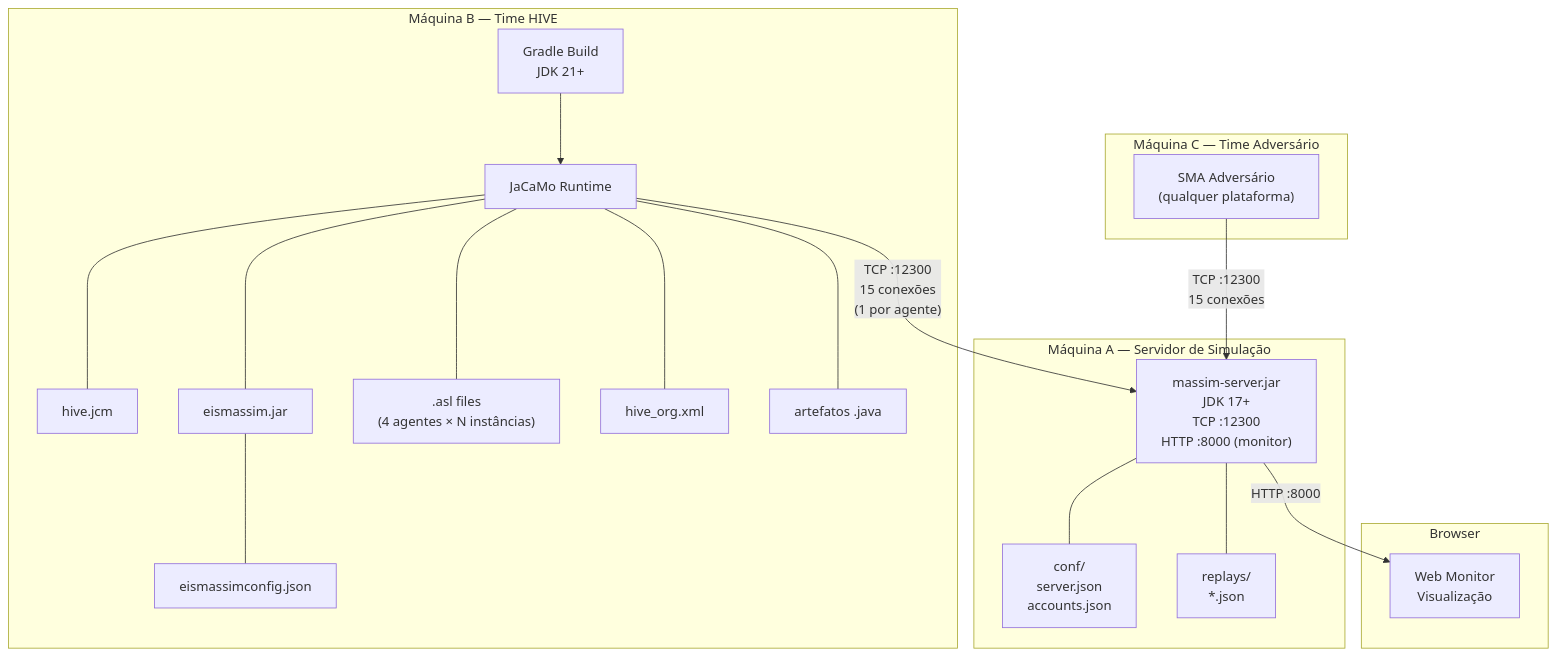
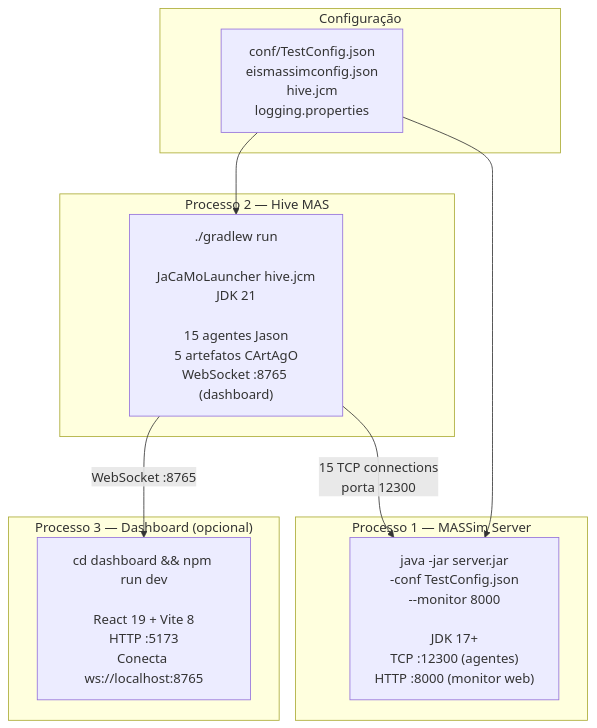
One commit to MarceloNG/PCS5703-MAS-HIVE changed diagram 19 of 19 in doc/ARCH.md. Above: the diagram before and after it, drawn with Mermaid. The commit also changed other lines of this file and 33 other files, not shown here.

````diff
--- a/doc/ARCH.md
+++ b/doc/ARCH.md
@@ -819,36 +773,23 @@
 ```mermaid
 graph TB
-    subgraph "Máquina A — Servidor de Simulação"
-        MASSIM_JAR["massim-server.jar<br/>JDK 17+<br/>TCP :12300<br/>HTTP :8000 (monitor)"]
-        CONF["conf/<br/>server.json<br/>accounts.json"]
-        REPLAYS["replays/<br/>*.json"]
-        MASSIM_JAR --- CONF & REPLAYS
+    subgraph "Processo 1 — MASSim Server"
+        MASSIM_JAR["java -jar server.jar<br/>-conf TestConfig.json<br/>--monitor 8000<br/><br/>JDK 17+<br/>TCP :12300 (agentes)<br/>HTTP :8000 (monitor web)"]
     end
 
-    subgraph "Máquina B — Time HIVE"
-        GRADLE["Gradle Build<br/>JDK 21+"]
-        JACAMO_RT["JaCaMo Runtime"]
-        HIVE_JCM["hive.jcm"]
-        EIS_JAR["eismassim.jar"]
-        EIS_CONF["eismassimconfig.json"]
-        ASL_FILES[".asl files<br/>(4 agentes × N instâncias)"]
-        ORG_XML["hive_org.xml"]
-        ENV_JAVA["artefatos .java"]
-
-        GRADLE --> JACAMO_RT
-        JACAMO_RT --- HIVE_JCM & EIS_JAR & ASL_FILES & ORG_XML & ENV_JAVA
-        EIS_JAR --- EIS_CONF
+    subgraph "Processo 2 — Hive MAS"
+        GRADLE["./gradlew run<br/><br/>JaCaMoLauncher hive.jcm<br/>JDK 21<br/><br/>15 agentes Jason<br/>5 artefatos CArtAgO<br/>WebSocket :8765 (dashboard)"]
     end
 
-    subgraph "Máquina C — Time Adversário"
-        OPP["SMA Adversário<br/>(qualquer plataforma)"]
+    subgraph "Processo 3 — Dashboard (opcional)"
+        VITE["cd dashboard && npm run dev<br/><br/>React 19 + Vite 8<br/>HTTP :5173<br/>Conecta ws://localhost:8765"]
     end
 
-    subgraph "Browser"
-        MON["Web Monitor<br/>Visualização"]
+    subgraph "Configuração"
+        CONF["conf/TestConfig.json<br/>eismassimconfig.json<br/>hive.jcm<br/>logging.properties"]
     end
 
-    JACAMO_RT -->|"TCP :12300<br/>15 conexões<br/>(1 por agente)"| MASSIM_JAR
-    OPP -->|"TCP :12300<br/>15 conexões"| MASSIM_JAR
-    MASSIM_JAR -->|"HTTP :8000"| MON
+    GRADLE -->|"15 TCP connections<br/>porta 12300"| MASSIM_JAR
+    GRADLE -->|"WebSocket :8765"| VITE
+    CONF --> MASSIM_JAR
+    CONF --> GRADLE
 ```
````
